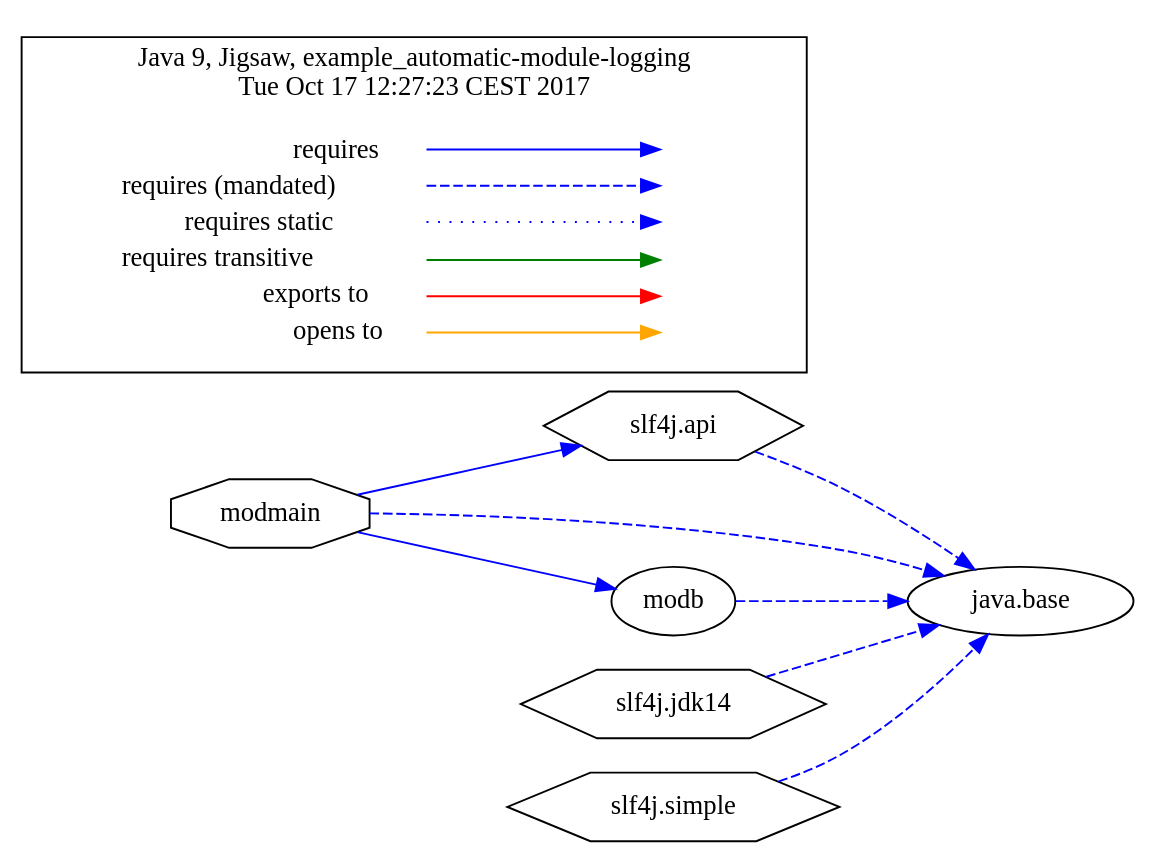
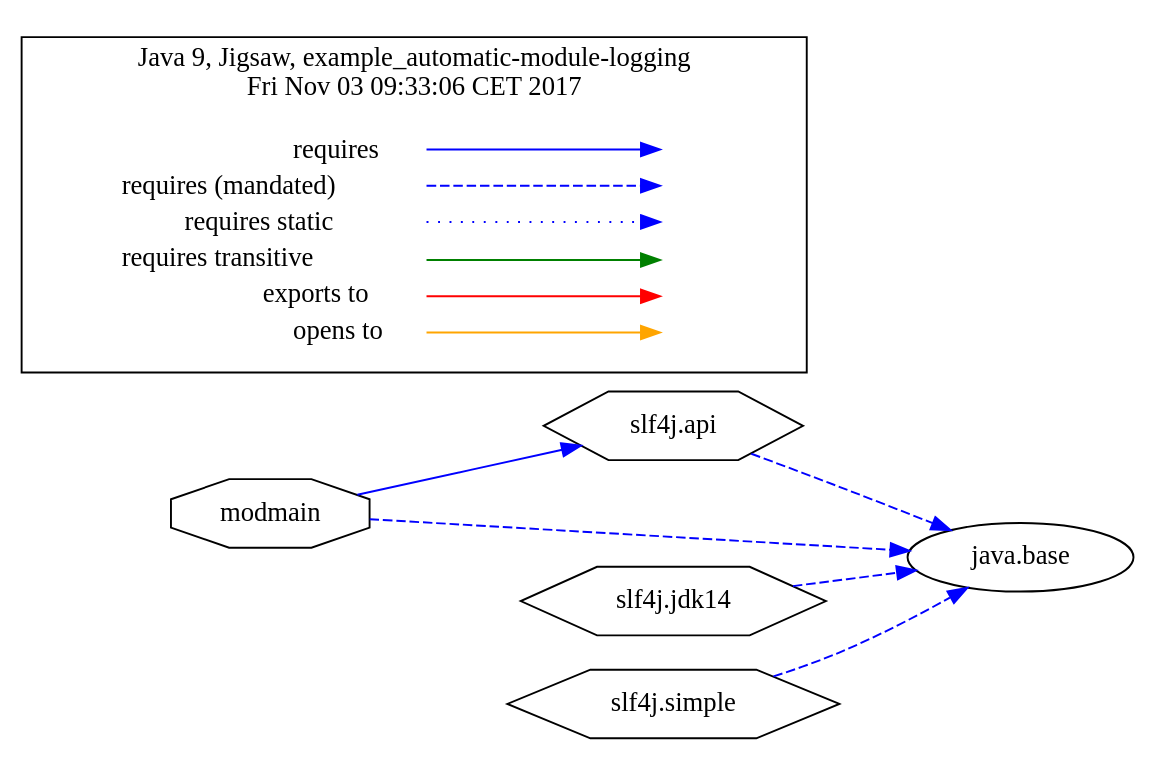
One commit to accso/java9-jigsaw-examples changed the diagram in jigsaw-examples/example_automatic-module-logging/moduledependencies-withlegend.dot. Above: the diagram before and after it, drawn with Graphviz. The commit also changed 15 other files, not shown here.

```diff
--- a/jigsaw-examples/example_automatic-module-logging/moduledependencies-withlegend.dot
+++ b/jigsaw-examples/example_automatic-module-logging/moduledependencies-withlegend.dot
@@ -1,45 +1,42 @@
-# Created by depvis.JigsawDepVisualizer on Tue Oct 17 12:27:23 CEST 2017
+# Created by depvis.JigsawDepVisualizer on Fri Nov 03 09:33:06 CET 2017
 digraph Java9_Dependency_Visualizer {
+modmain[fontname="Consolas",shape="octagon",label="modmain"];
 slf4j_api[fontname="Consolas",shape="hexagon",label="slf4j.api"];
 java_base[fontname="Consolas",shape="ellipse",label="java.base"];
-modmain[fontname="Consolas",shape="octagon",label="modmain"];
-modb[fontname="Consolas",shape="ellipse",label="modb"];
 slf4j_jdk14[fontname="Consolas",shape="hexagon",label="slf4j.jdk14"];
 slf4j_simple[fontname="Consolas",shape="hexagon",label="slf4j.simple"];
+modmain -> slf4j_api[color="#0000ff",fontname="Consolas",fontcolor="#0000ff",weight="8"]
+modmain -> java_base[color="#0000ff",fontname="Consolas",fontcolor="#0000ff",style="dashed",weight="16"]
 slf4j_api -> java_base[color="#0000ff",fontname="Consolas",fontcolor="#0000ff",style="dashed",weight="16"]
-modmain -> slf4j_api[color="#0000ff",fontname="Consolas",fontcolor="#0000ff",weight="8"]
-modmain -> modb[color="#0000ff",fontname="Consolas",fontcolor="#0000ff",weight="8"]
-modmain -> java_base[color="#0000ff",fontname="Consolas",fontcolor="#0000ff",style="dashed",weight="16"]
-modb -> java_base[color="#0000ff",fontname="Consolas",fontcolor="#0000ff",style="dashed",weight="16"]
 slf4j_jdk14 -> java_base[color="#0000ff",fontname="Consolas",fontcolor="#0000ff",style="dashed",weight="16"]
 slf4j_simple -> java_base[color="#0000ff",fontname="Consolas",fontcolor="#0000ff",style="dashed",weight="16"]
 rankdir=LR
 node [shape=plaintext]
 subgraph cluster_01 { 
   label = "Java 9, Jigsaw, example_automatic-module-logging
-Tue Oct 17 12:27:23 CEST 2017"
+Fri Nov 03 09:33:06 CET 2017"
   fontname="Consolas"
   key [label=<<table border="0" cellpadding="2" cellspacing="0" cellborder="0">
     <tr><td align="right" port="i1">requires</td></tr>
     <tr><td align="right" port="i2">requires (mandated)</td></tr>
     <tr><td align="right" port="i3">requires static</td></tr>
     <tr><td align="right" port="i4">requires transitive</td></tr>
     <tr><td align="right" port="i5">exports to</td></tr>
     <tr><td align="right" port="i6">opens to</td></tr>
     </table>>,fontname="Consolas"]
   key2 [label=<<table border="0" cellpadding="2" cellspacing="0" cellborder="0">
     <tr><td port="i1">&nbsp;</td></tr>
     <tr><td port="i2">&nbsp;</td></tr>
     <tr><td port="i3">&nbsp;</td></tr>
     <tr><td port="i4">&nbsp;</td></tr>
     <tr><td port="i5">&nbsp;</td></tr>
     <tr><td port="i6">&nbsp;</td></tr>
     </table>>,fontname="Consolas"]
   key:i1:e -> key2:i1:w [color=BLUE]
   key:i2:e -> key2:i2:w [color=BLUE, style=dashed]
   key:i3:e -> key2:i3:w [color=BLUE, style=dotted]
   key:i4:e -> key2:i4:w [color=GREEN]
   key:i5:e -> key2:i5:w [color=RED]
   key:i6:e -> key2:i6:w [color=ORANGE]
 }
 }
```
